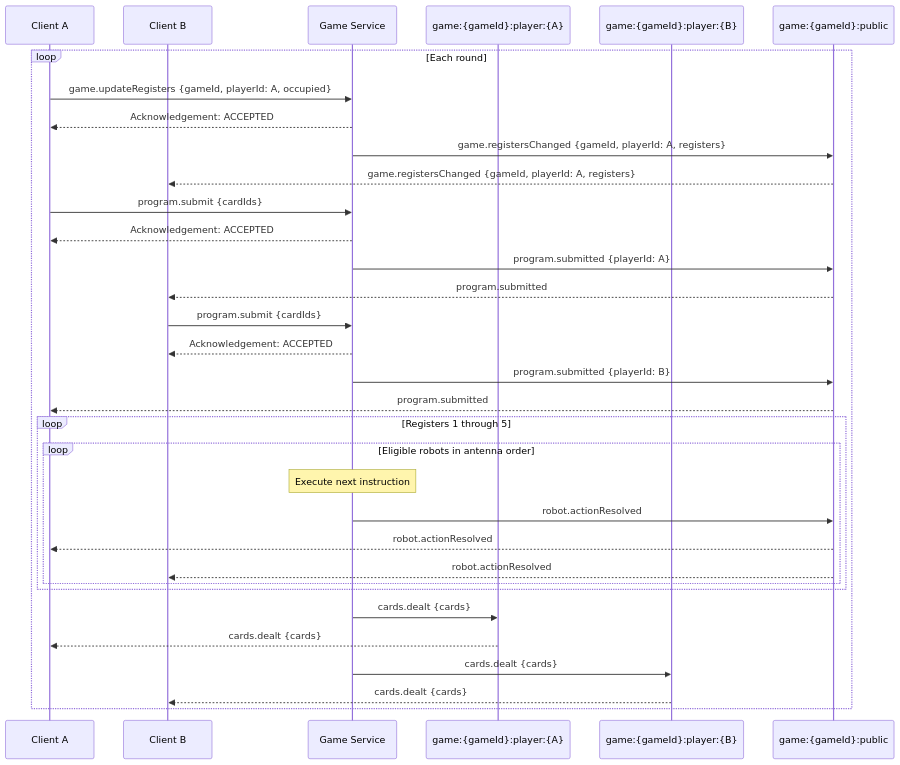
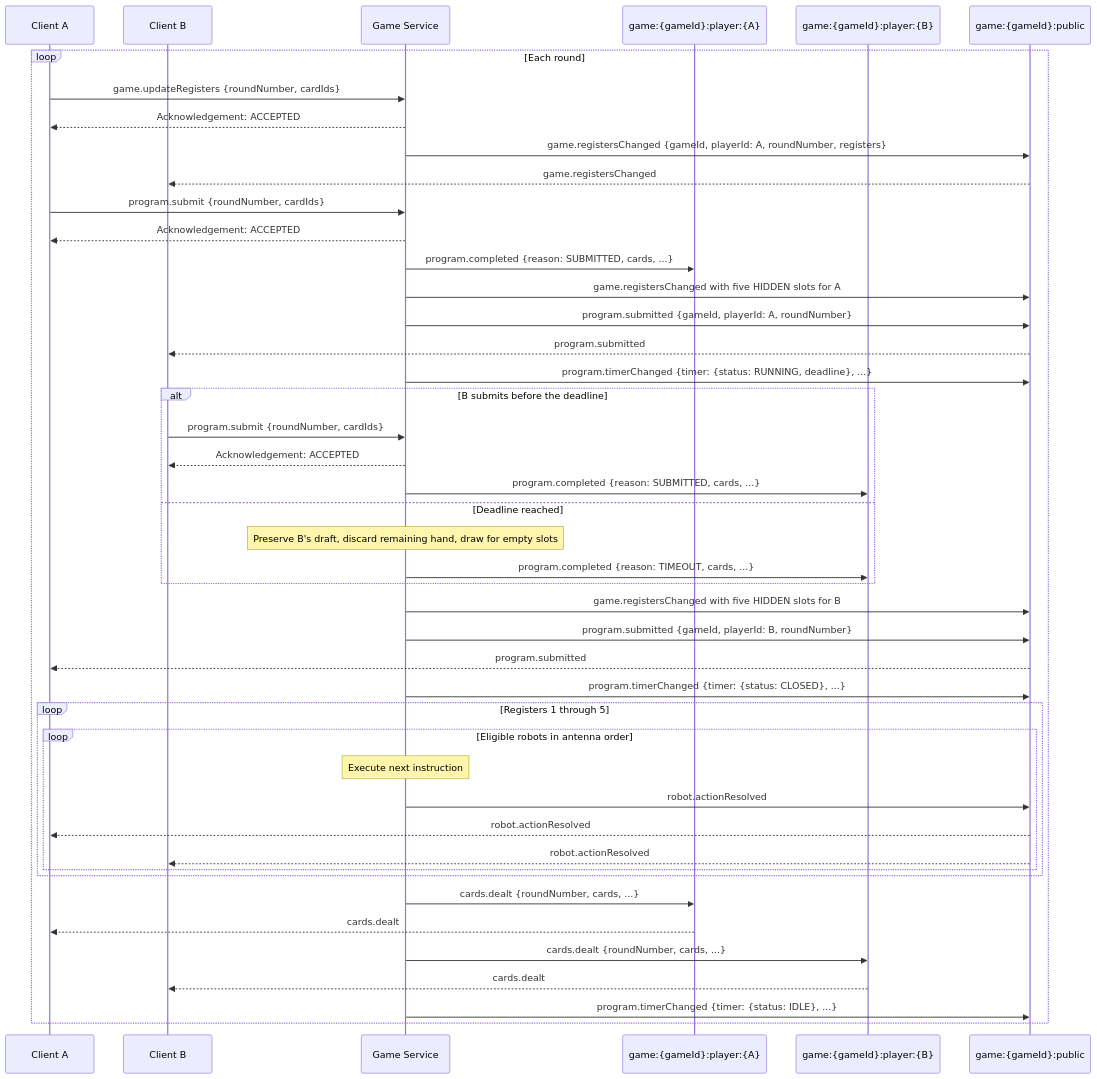
Before and after one commit to hananinas/RoboRally: the fourth of 6 diagrams in docs/Communication.md, drawn with Mermaid. The commit also changed other lines of this file and 2 other files, not shown here.

Commit message:
Added player timer contract and communication.

````diff
--- a/docs/Communication.md
+++ b/docs/Communication.md
@@ -243,38 +287,52 @@
 ```mermaid
 sequenceDiagram
     participant A as Client A
     participant B as Client B
     participant Server as Game Service
     participant PrivateA as game:{gameId}:player:{A}
     participant PrivateB as game:{gameId}:player:{B}
     participant Public as game:{gameId}:public
 
     loop Each round
-        A->>Server: game.updateRegisters {gameId, playerId: A, occupied}
+        A->>Server: game.updateRegisters {roundNumber, cardIds}
         Server-->>A: Acknowledgement: ACCEPTED
-        Server->>Public: game.registersChanged {gameId, playerId: A, registers}
-        Public-->>B: game.registersChanged {gameId, playerId: A, registers}
-        A->>Server: program.submit {cardIds}
+        Server->>Public: game.registersChanged {gameId, playerId: A, roundNumber, registers}
+        Public-->>B: game.registersChanged
+        A->>Server: program.submit {roundNumber, cardIds}
         Server-->>A: Acknowledgement: ACCEPTED
-        Server->>Public: program.submitted {playerId: A}
+        Server->>PrivateA: program.completed {reason: SUBMITTED, cards, ...}
+        Server->>Public: game.registersChanged with five HIDDEN slots for A
+        Server->>Public: program.submitted {gameId, playerId: A, roundNumber}
         Public-->>B: program.submitted
+        Server->>Public: program.timerChanged {timer: {status: RUNNING, deadline}, ...}
 
-        B->>Server: program.submit {cardIds}
-        Server-->>B: Acknowledgement: ACCEPTED
-        Server->>Public: program.submitted {playerId: B}
+        alt B submits before the deadline
+            B->>Server: program.submit {roundNumber, cardIds}
+            Server-->>B: Acknowledgement: ACCEPTED
+            Server->>PrivateB: program.completed {reason: SUBMITTED, cards, ...}
+        else Deadline reached
+            Note over Server: Preserve B's draft, discard remaining hand, draw for empty slots
+            Server->>PrivateB: program.completed {reason: TIMEOUT, cards, ...}
+        end
+
+        Server->>Public: game.registersChanged with five HIDDEN slots for B
+        Server->>Public: program.submitted {gameId, playerId: B, roundNumber}
         Public-->>A: program.submitted
+        Server->>Public: program.timerChanged {timer: {status: CLOSED}, ...}
+
         loop Registers 1 through 5
             loop Eligible robots in antenna order
                 Note over Server: Execute next instruction
                 Server->>Public: robot.actionResolved
                 Public-->>A: robot.actionResolved
                 Public-->>B: robot.actionResolved
             end
         end
 
-        Server->>PrivateA: cards.dealt {cards}
-        PrivateA-->>A: cards.dealt {cards}
-        Server->>PrivateB: cards.dealt {cards}
-        PrivateB-->>B: cards.dealt {cards}
+        Server->>PrivateA: cards.dealt {roundNumber, cards, ...}
+        PrivateA-->>A: cards.dealt
+        Server->>PrivateB: cards.dealt {roundNumber, cards, ...}
+        PrivateB-->>B: cards.dealt
+        Server->>Public: program.timerChanged {timer: {status: IDLE}, ...}
     end
 ```
````
